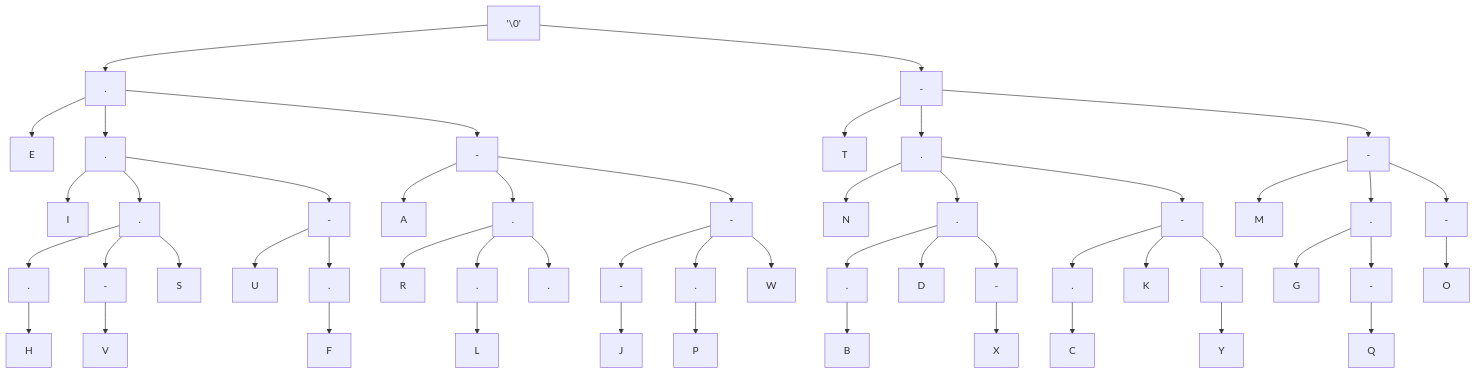
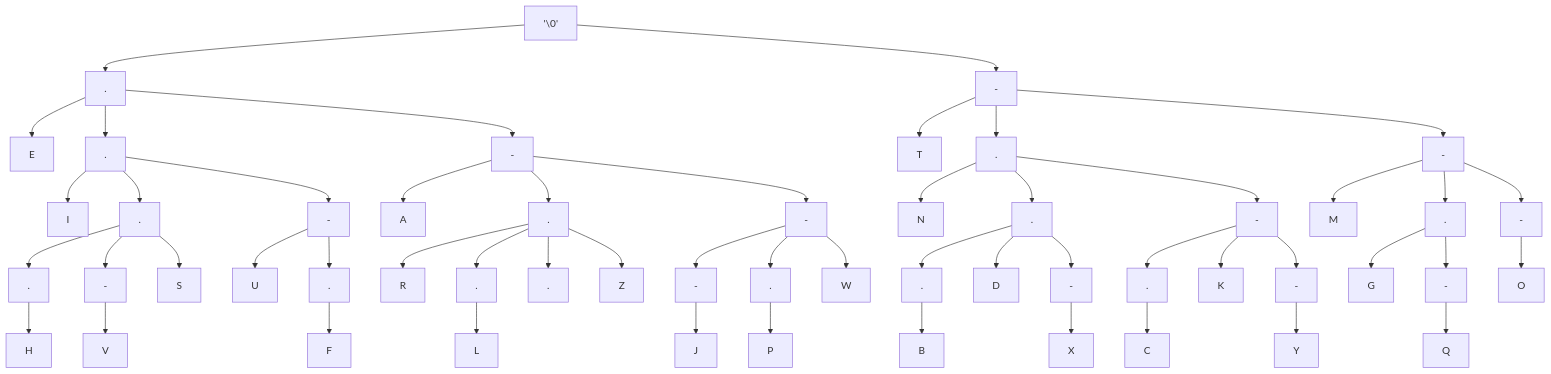
Before and after one commit to mmcnally1/arduino-projects: the second of 2 diagrams in morse-code/README.md, drawn with Mermaid.

````diff
--- a/morse-code/README.md
+++ b/morse-code/README.md
@@ -27,55 +27,55 @@
 ```mermaid
 graph TD;
 A['\0'] --> B[.]
 A['\0'] --> H[-]
 B[.] --> C[E]
 B[.] --> D[.]
 D[.] --> E[I]
 B[.] --> F[-]
 F[-] --> G[A]
 H[-] --> I[T]
 H[-] --> J[.]
 J[.] --> K[N]
 H[-] --> L[-]
 L[-] --> M[M]
 D[.] --> N[.]
 D[.] --> O[-]
 L[-] --> P[.]
 L[-] --> Q[-]
 F[-] --> R[.]
 F[-] --> S[-]
 N[.] --> T[.]
 N[.] --> U[-]
 N[.] --> V[S]
 J[.] --> W[.]
 J[.] --> X[-]
 O[-] --> Y[U]
 R[.] --> Z[R]
 W[.] --> AA[.]
 AA[.] --> AB[B]
 X[-] --> AC[.]
 AC[.] --> AD[C]
 W[.] --> AE[D]
 O[-] --> AF[.]
 AF[.] --> AG[F]
 P[.] --> AH[G]
 T[.] --> AI[H]
 S[-] --> AJ[-]
 AJ[-] --> AK[J]
 X[-] --> AL[K]
 R[.] --> AM[.]
 AM[.] --> AN[L]
 Q[-] --> AO[O]
 S[-] --> AP[.]
 AP[.] --> AQ[P]
 P[.] --> AR[-]
 AR[-] --> AS[Q]
 U[-] --> AT[V]
 S[-] --> AU[W]
 W[.] --> AV[-]
 AV[-] --> AW[X]
 X[-] --> AX[-]
 AX[-] --> AY[Y]
 R[.] --> AZ[.]
-
+R[.] --> AAB[Z]
 ```
````
